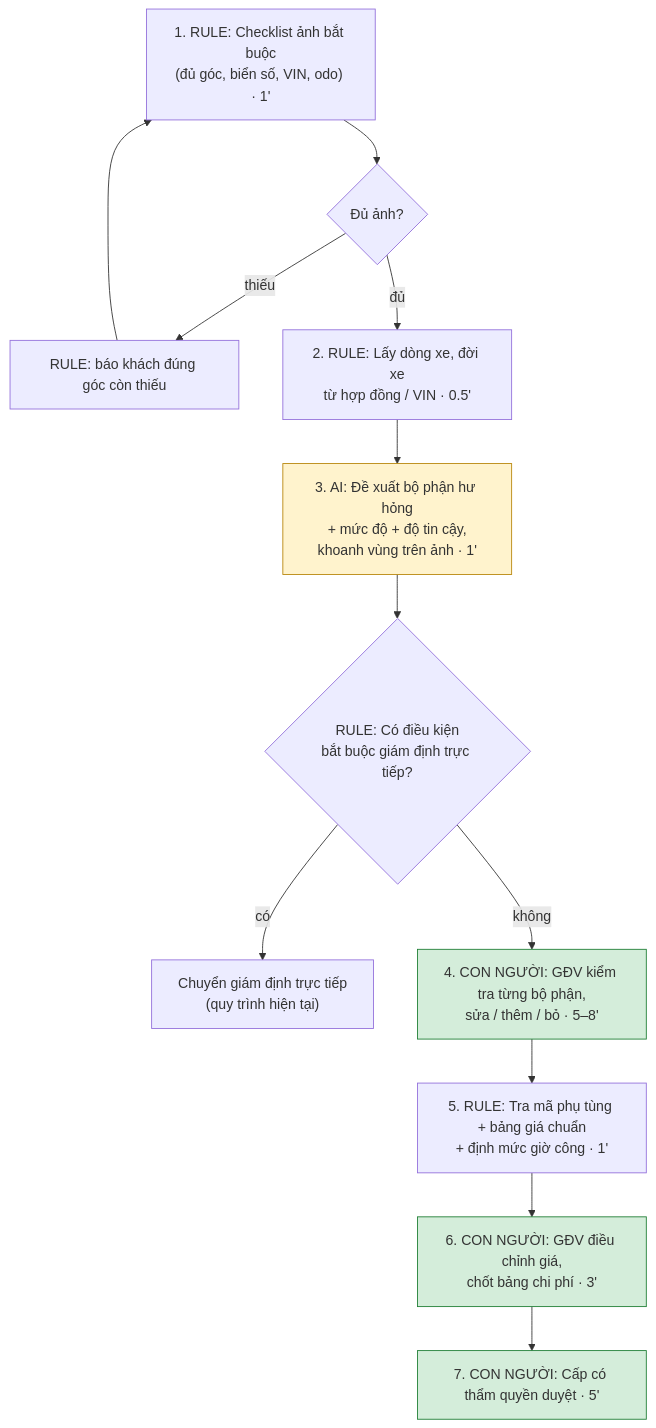
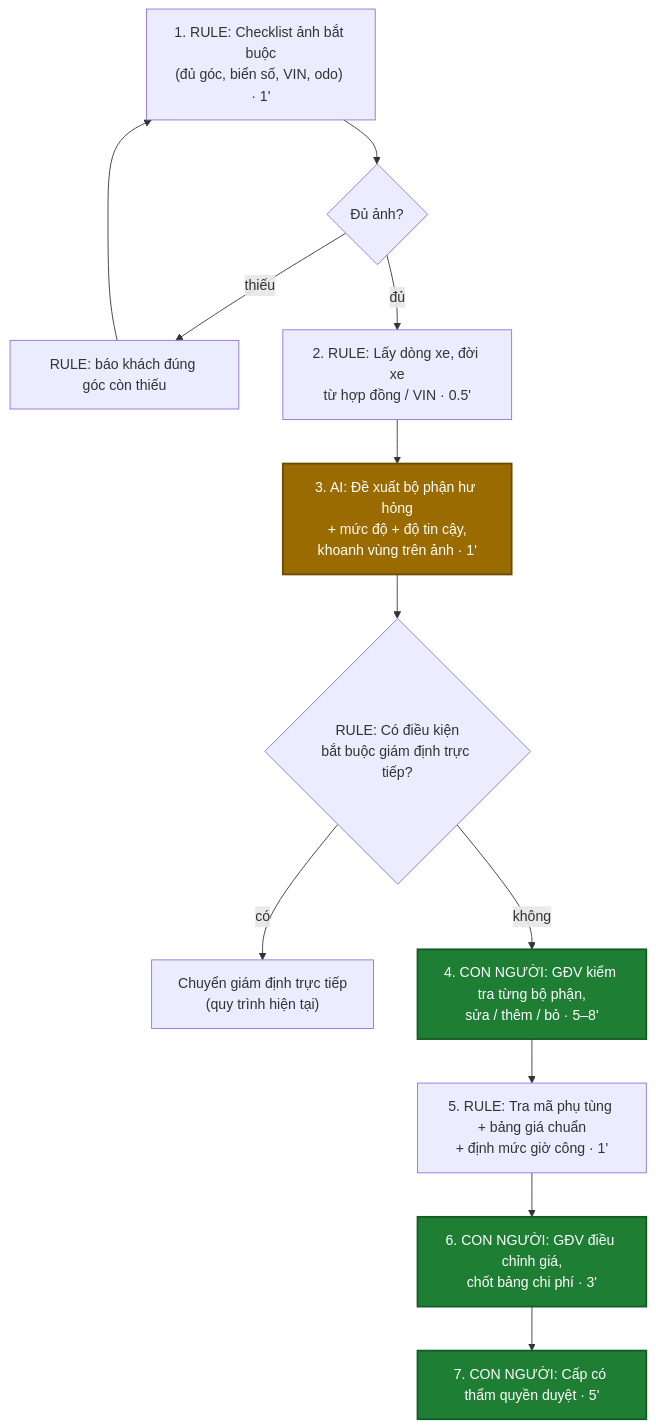
The second of 2 diagrams in report/team/group_report.md (Ama2352/K5-L3B-DAY02-NhomCold-DiscoveryProblemFraming), drawn with Mermaid before and after one commit. The commit also changed other lines of this file, not shown here.

Commit message:
CP5: doi mau so do Mermaid de doc ro o ca che do sang va toi

````diff
--- a/report/team/group_report.md
+++ b/report/team/group_report.md
@@ -161,19 +160,19 @@
 ```mermaid
 flowchart TD
   A["1. RULE: Checklist ảnh bắt buộc<br/>(đủ góc, biển số, VIN, odo) · 1'"] --> A2{"Đủ ảnh?"}
   A2 -- "thiếu" --> A3["RULE: báo khách đúng góc còn thiếu"]
   A3 --> A
   A2 -- "đủ" --> B["2. RULE: Lấy dòng xe, đời xe<br/>từ hợp đồng / VIN · 0.5'"]
   B --> C["3. AI: Đề xuất bộ phận hư hỏng<br/>+ mức độ + độ tin cậy,<br/>khoanh vùng trên ảnh · 1'"]
   C --> H{"RULE: Có điều kiện<br/>bắt buộc giám định trực tiếp?"}
   H -- "có" --> X["Chuyển giám định trực tiếp<br/>(quy trình hiện tại)"]
   H -- "không" --> D["4. CON NGƯỜI: GĐV kiểm tra từng bộ phận,<br/>sửa / thêm / bỏ · 5–8'"]
   D --> E["5. RULE: Tra mã phụ tùng + bảng giá chuẩn<br/>+ định mức giờ công · 1'"]
   E --> F["6. CON NGƯỜI: GĐV điều chỉnh giá,<br/>chốt bảng chi phí · 3'"]
   F --> G["7. CON NGƯỜI: Cấp có thẩm quyền duyệt · 5'"]
 
-  style D fill:#d4edda,stroke:#1e7e34
-  style F fill:#d4edda,stroke:#1e7e34
-  style G fill:#d4edda,stroke:#1e7e34
-  style C fill:#fff3cd,stroke:#b8860b
+  classDef human fill:#1e7e34,stroke:#145a24,stroke-width:2px,color:#ffffff
+  classDef ai fill:#9a6b00,stroke:#6b4a00,stroke-width:2px,color:#ffffff
+  class D,F,G human
+  class C ai
 ```
````
